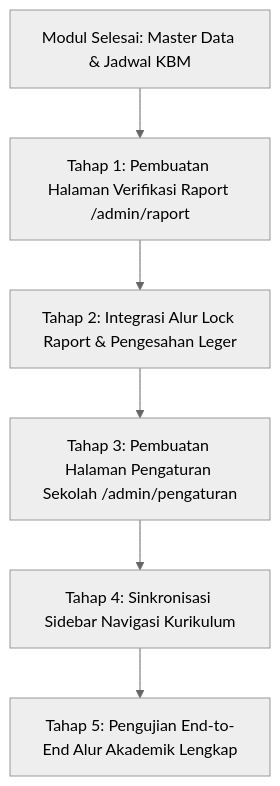
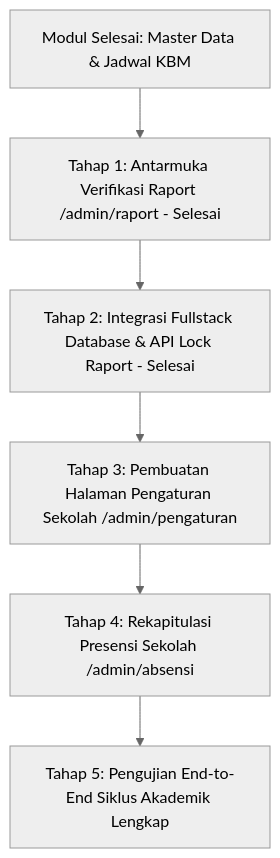
Before and after one commit to hafidznugraha/LMS-SMAN2-PADALARANG: the diagram in modul-kurikulum.md, drawn with Mermaid (neutral theme). The commit also changed other lines of this file and 8 other files, not shown here.

First line of the commit message:
feat(raport): implementasikan opsi 1 fullstack database dan api verifikasi raport

````diff
--- a/modul-kurikulum.md
+++ b/modul-kurikulum.md
@@ -142,8 +157,8 @@
 ```mermaid
 flowchart TD
-    A[Modul Selesai: Master Data & Jadwal KBM] --> B[Tahap 1: Pembuatan Halaman Verifikasi Raport /admin/raport]
-    B --> C[Tahap 2: Integrasi Alur Lock Raport & Pengesahan Leger]
+    A[Modul Selesai: Master Data & Jadwal KBM] --> B[Tahap 1: Antarmuka Verifikasi Raport /admin/raport - Selesai]
+    B --> C[Tahap 2: Integrasi Fullstack Database & API Lock Raport - Selesai]
     C --> D[Tahap 3: Pembuatan Halaman Pengaturan Sekolah /admin/pengaturan]
-    D --> E[Tahap 4: Sinkronisasi Sidebar Navigasi Kurikulum]
-    E --> F[Tahap 5: Pengujian End-to-End Alur Akademik Lengkap]
+    D --> E[Tahap 4: Rekapitulasi Presensi Sekolah /admin/absensi]
+    E --> F[Tahap 5: Pengujian End-to-End Siklus Akademik Lengkap]
 ```
````
